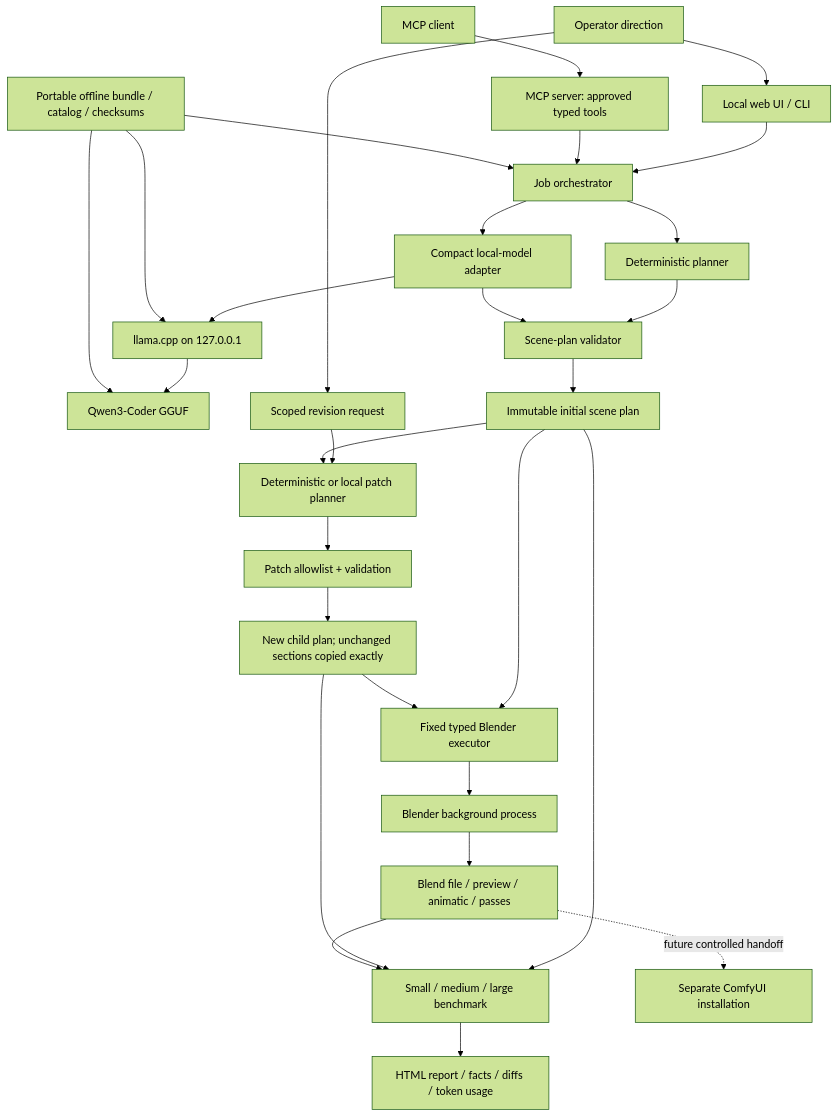
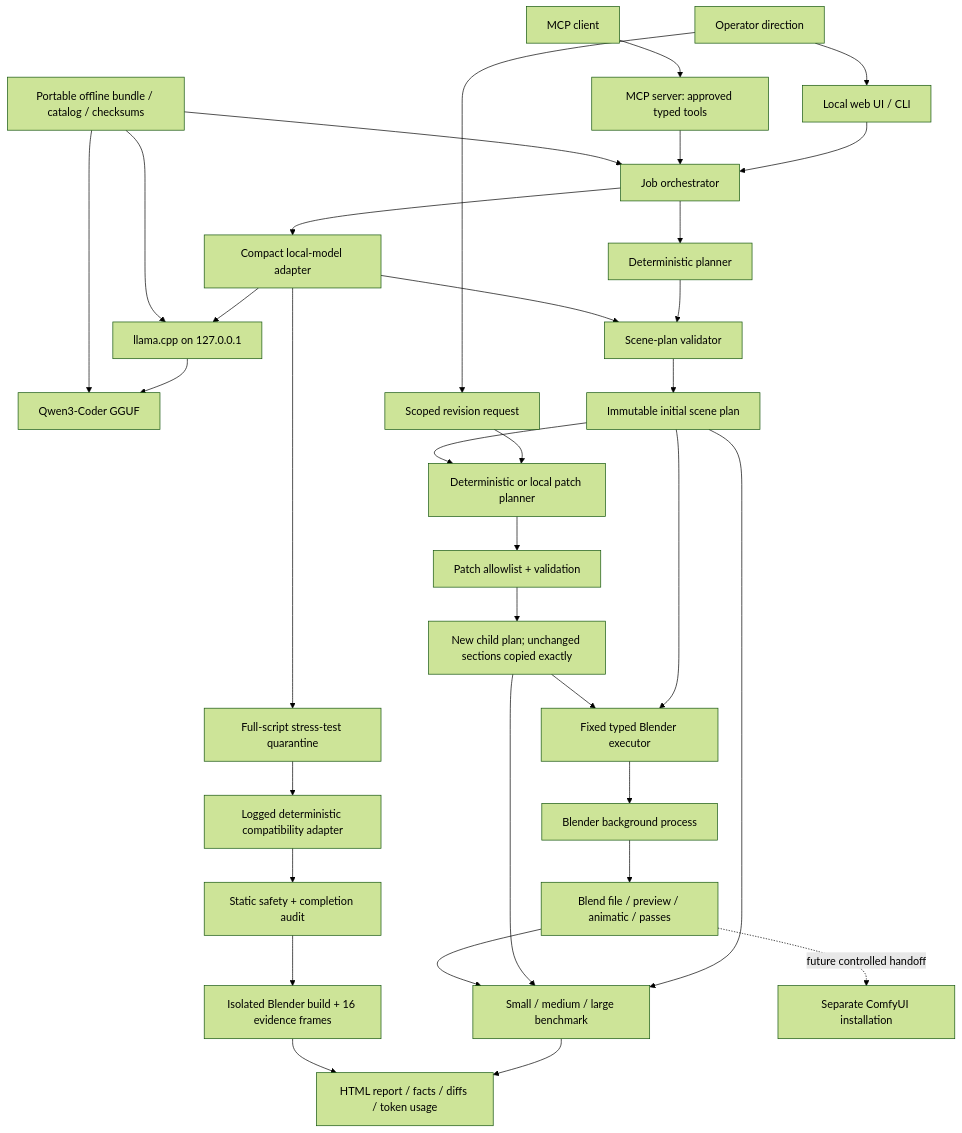
One commit to nikolasvucenovic/3d_auto changed the diagram in docs/SYSTEM_SCHEMA.md. Above: the diagram before and after it, drawn with Mermaid (forest theme). The commit also changed other lines of this file and 24 other files, not shown here.

````diff
--- a/docs/SYSTEM_SCHEMA.md
+++ b/docs/SYSTEM_SCHEMA.md
@@ -3,36 +3,42 @@
 ```mermaid
 flowchart TD
     Operator[Operator direction] --> UI[Local web UI / CLI]
     MCPClient[MCP client] --> MCP[MCP server: approved typed tools]
     UI --> Orchestrator[Job orchestrator]
     MCP --> Orchestrator
 
     Orchestrator --> Baseline[Deterministic planner]
     Orchestrator --> LocalAdapter[Compact local-model adapter]
     LocalAdapter --> Llama[llama.cpp on 127.0.0.1]
     Llama --> Model[Qwen3-Coder GGUF]
 
     Baseline --> Validator[Scene-plan validator]
     LocalAdapter --> Validator
     Validator --> Initial[Immutable initial scene plan]
     Initial --> BlenderExecutor[Fixed typed Blender executor]
     BlenderExecutor --> Blender[Blender background process]
     Blender --> Artifacts[Blend file / preview / animatic / passes]
 
     Operator --> Revision[Scoped revision request]
     Revision --> PatchPlanner[Deterministic or local patch planner]
     Initial --> PatchPlanner
     PatchPlanner --> PatchValidator[Patch allowlist + validation]
     PatchValidator --> Revised[New child plan; unchanged sections copied exactly]
     Revised --> BlenderExecutor
 
     Initial --> Benchmark[Small / medium / large benchmark]
     Revised --> Benchmark
     Artifacts --> Benchmark
     Benchmark --> Report[HTML report / facts / diffs / token usage]
 
+    LocalAdapter --> Quarantine[Full-script stress-test quarantine]
+    Quarantine --> Compat[Logged deterministic compatibility adapter]
+    Compat --> Audit[Static safety + completion audit]
+    Audit --> Evidence[Isolated Blender build + 16 evidence frames]
+    Evidence --> Report
+
     Bundle[Portable offline bundle / catalog / checksums] --> Llama
     Bundle --> Model
     Bundle --> Orchestrator
     Artifacts -. future controlled handoff .-> ComfyUI[Separate ComfyUI installation]
 ```
````
